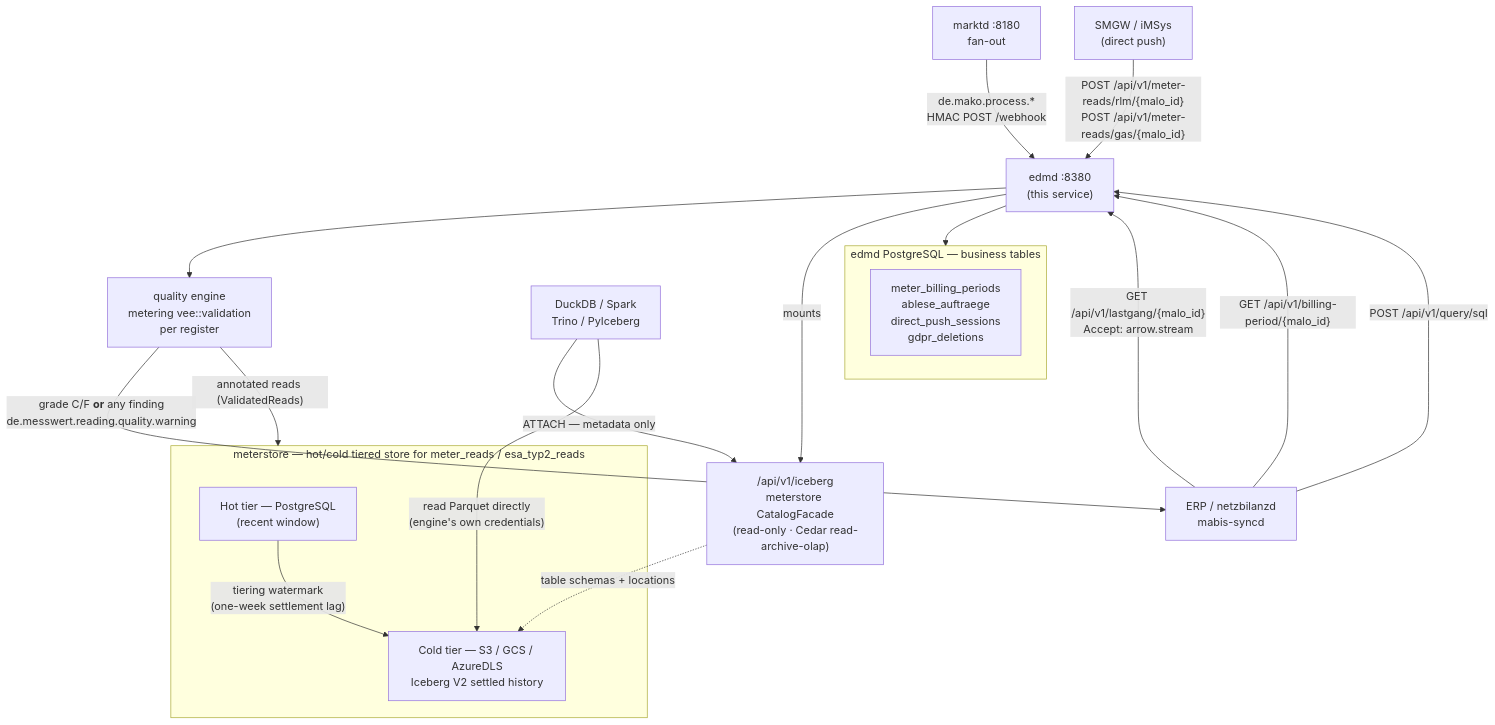
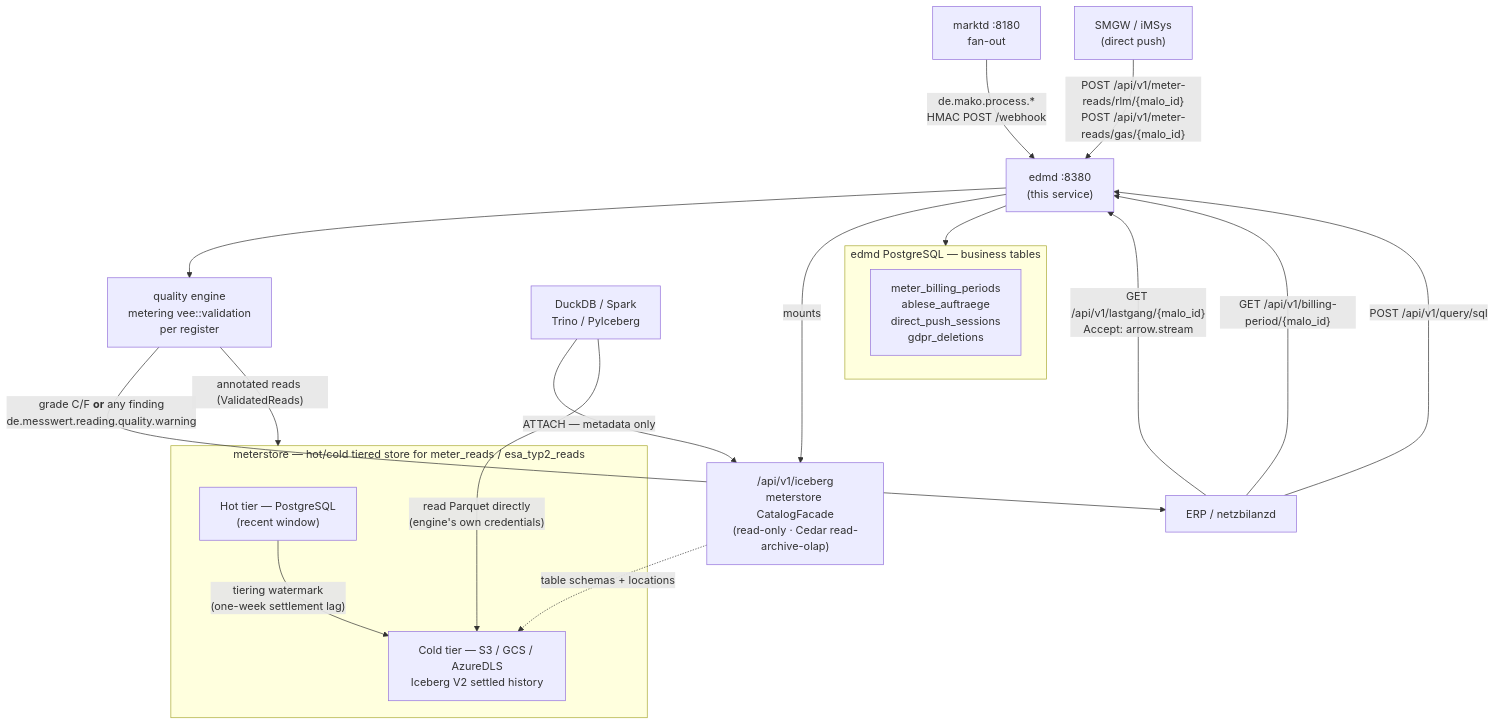
Before and after one commit to hupe1980/mako: the first of 2 diagrams in site/content/docs/services/edmd.md, drawn with Mermaid. The commit also changed other lines of this file and 551 other files, not shown here.

````diff
--- a/site/content/docs/services/edmd.md
+++ b/site/content/docs/services/edmd.md
@@ -72,35 +72,35 @@
 ```mermaid
 graph TB
     marktd["marktd :8180<br/>fan-out"]
     smgw["SMGW / iMSys<br/>(direct push)"]
     edmd["edmd :8380<br/>(this service)"]
 
     subgraph store["meterstore — hot/cold tiered store for meter_reads / esa_typ2_reads"]
         hot["Hot tier — PostgreSQL<br/>(recent window)"]
         cold["Cold tier — S3 / GCS / AzureDLS<br/>Iceberg V2 settled history"]
     end
 
     subgraph edmdpg["edmd PostgreSQL — business tables"]
         biz["meter_billing_periods<br/>ablese_auftraege<br/>direct_push_sessions<br/>gdpr_deletions"]
     end
 
-    erp["ERP / netzbilanzd<br/>mabis-syncd"]
+    erp["ERP / netzbilanzd"]
     duckdb["DuckDB / Spark<br/>Trino / PyIceberg"]
     catalog["/api/v1/iceberg<br/>meterstore CatalogFacade<br/>(read-only · Cedar read-archive-olap)"]
     qa["quality engine<br/>metering vee::validation<br/>per register"]
 
     marktd -->|"de.mako.process.* <br/>HMAC POST /webhook"| edmd
     smgw -->|"POST /api/v1/meter-reads/rlm/{malo_id}<br/>POST /api/v1/meter-reads/gas/{malo_id}"| edmd
     edmd --> qa
     qa -->|"annotated reads (ValidatedReads)"| store
     qa -->|"grade C/F <b>or</b> any finding<br/>de.messwert.reading.quality.warning"| erp
     edmd --> edmdpg
     edmd -->|"mounts"| catalog
     catalog -.->|"table schemas + locations"| cold
     hot -->|"tiering watermark<br/>(one-week settlement lag)"| cold
     erp -->|"GET /api/v1/lastgang/{malo_id}<br/>Accept: arrow.stream"| edmd
     erp -->|"GET /api/v1/billing-period/{malo_id}"| edmd
     erp -->|"POST /api/v1/query/sql"| edmd
     duckdb -->|"ATTACH — metadata only"| catalog
     duckdb -->|"read Parquet directly<br/>(engine's own credentials)"| cold
 ```
````
